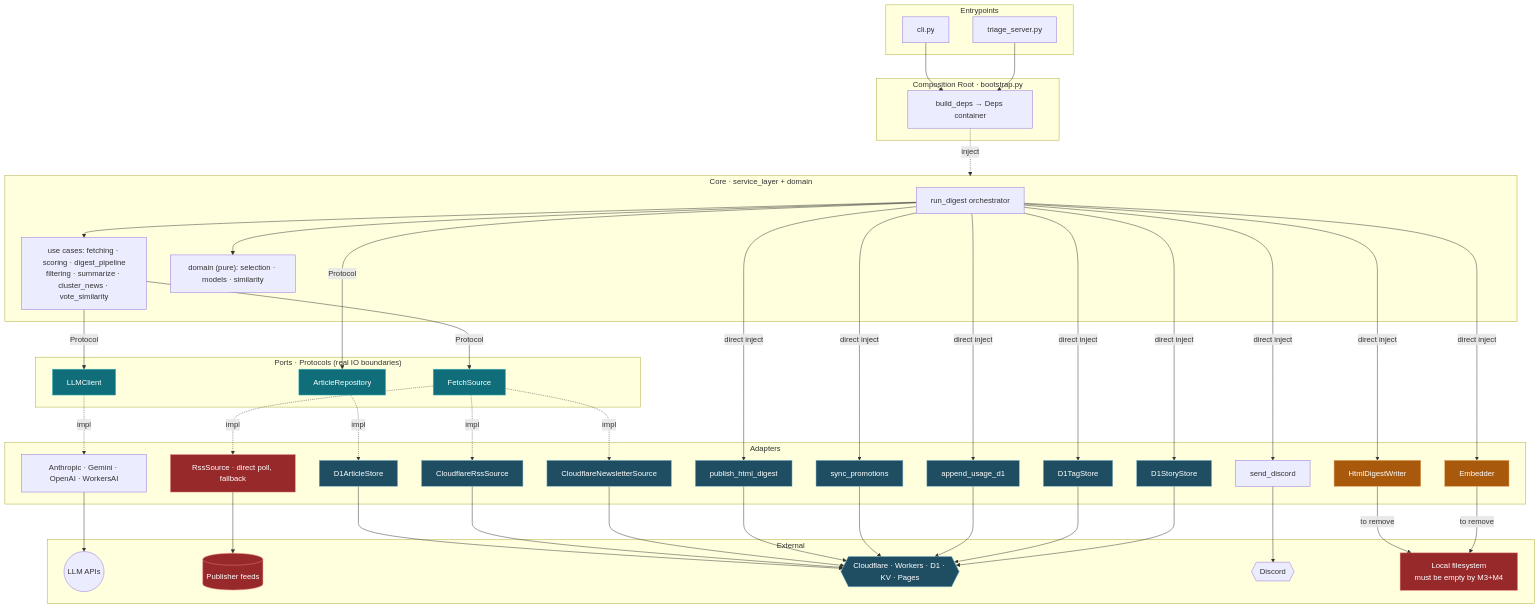
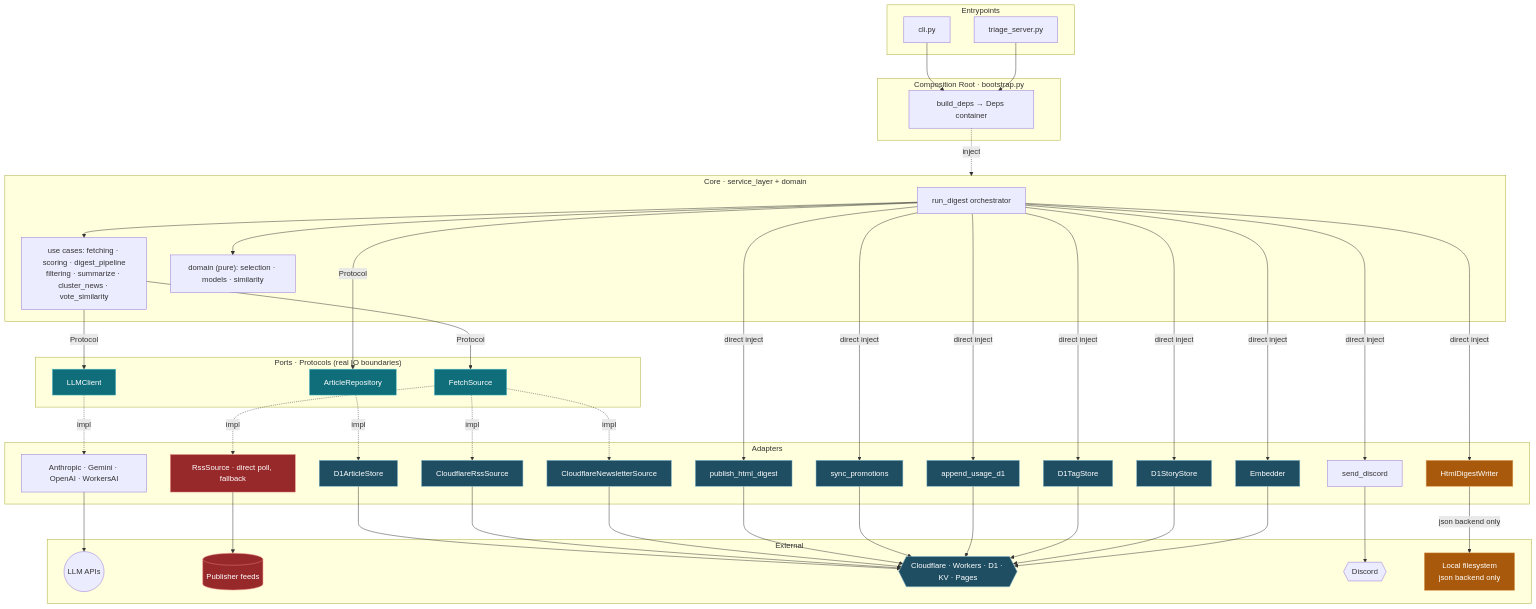
Before and after one commit to musingfox/cyris: the first of 2 diagrams in docs/architecture.md, drawn with Mermaid. The commit also changed other lines of this file and 2 other files, not shown here.

````diff
--- a/docs/architecture.md
+++ b/docs/architecture.md
@@ -73,7 +74,7 @@
         FEEDS[("Publisher feeds")]
         CFW{{"Cloudflare · Workers · D1 · KV · Pages"}}
         DISC{{"Discord"}}
-        FS["Local filesystem<br/>must be empty by M3+M4"]
+        FS["Local filesystem<br/>json backend only"]
     end
 
     CLI --> DEPS
@@ -110,15 +111,15 @@
     TAGS --> CFW
     STORIES --> CFW
     NOTI --> DISC
-    HTML -->|to remove| FS
-    EMB -->|to remove| FS
+    EMB --> CFW
+    HTML -->|json backend only| FS
 
     classDef port fill:#0F6E7A,stroke:#5AC3CC,color:#fff;
-    classDef move fill:#A8590C,stroke:#DFA45E,color:#fff;
+    classDef fallback fill:#A8590C,stroke:#DFA45E,color:#fff;
     classDef bad fill:#98292B,stroke:#E28079,color:#fff;
     classDef cloud fill:#1F4E63,stroke:#7FB6CC,color:#fff;
     class P1,P2,P3 port;
-    class HTML,EMB move;
-    class RSS,FEEDS,FS bad;
-    class CFNL,CFRSS,PUB,SYNC,CFW,STORE,USAGE,TAGS,STORIES cloud;
+    class HTML,FS fallback;
+    class RSS,FEEDS bad;
+    class CFNL,CFRSS,PUB,SYNC,CFW,STORE,USAGE,TAGS,STORIES,EMB cloud;
 ```
````
